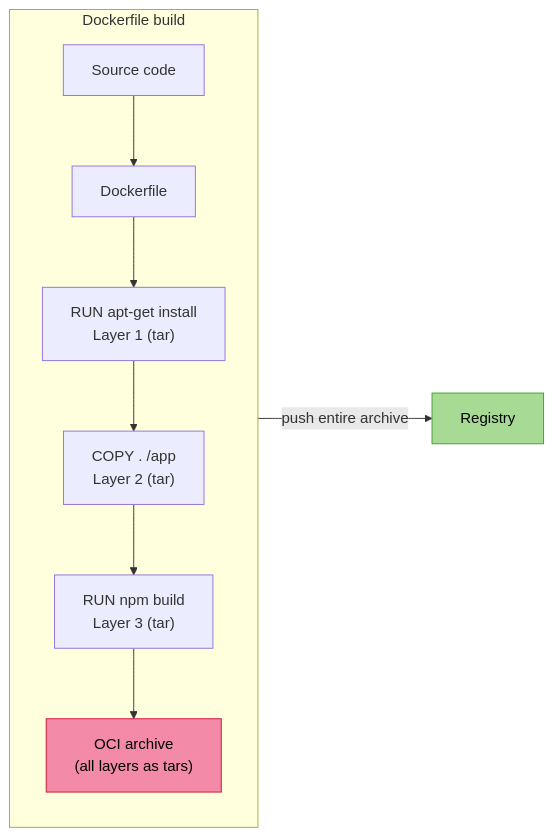
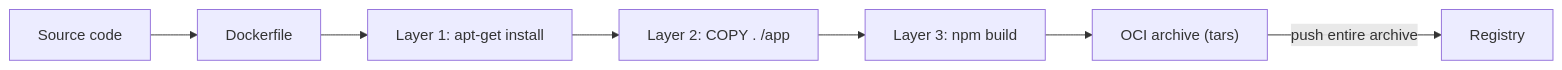
One commit to Dauliac/nix-oci changed the first of 4 diagrams in docs/content/explanation/archive-less-container-building.md. Above: the diagram before and after it, drawn with Mermaid. The commit also changed other lines of this file and 65 other files, not shown here.

````diff
--- a/docs/content/explanation/archive-less-container-building.md
+++ b/docs/content/explanation/archive-less-container-building.md
@@ -26,15 +26,9 @@
 ```mermaid
 flowchart LR
-    subgraph "Dockerfile build"
-        direction TB
-        SRC["Source code"] --> D["Dockerfile"]
-        D --> L1["RUN apt-get install<br/>Layer 1 (tar)"]
-        L1 --> L2["COPY . /app<br/>Layer 2 (tar)"]
-        L2 --> L3["RUN npm build<br/>Layer 3 (tar)"]
-        L3 --> TAR["OCI archive<br/>(all layers as tars)"]
-    end
+    SRC["Source code"] --> D["Dockerfile"]
+    D --> L1["Layer 1: apt-get install"]
+    L1 --> L2["Layer 2: COPY . /app"]
+    L2 --> L3["Layer 3: npm build"]
+    L3 --> TAR["OCI archive (tars)"]
     TAR -->|"push entire archive"| REG["Registry"]
-
-    style TAR fill:#f38ba8,stroke:#d20f39,color:#000
-    style REG fill:#a6da95,stroke:#40a02b,color:#000
 ```
````
